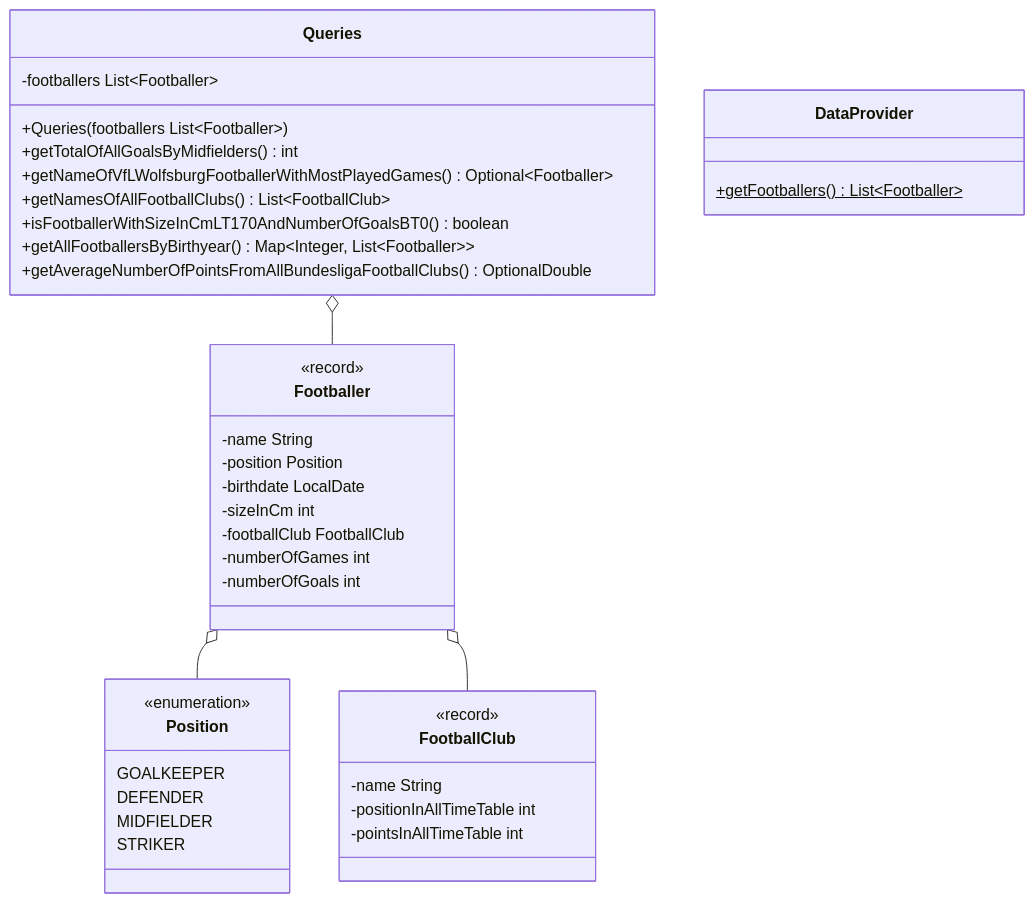
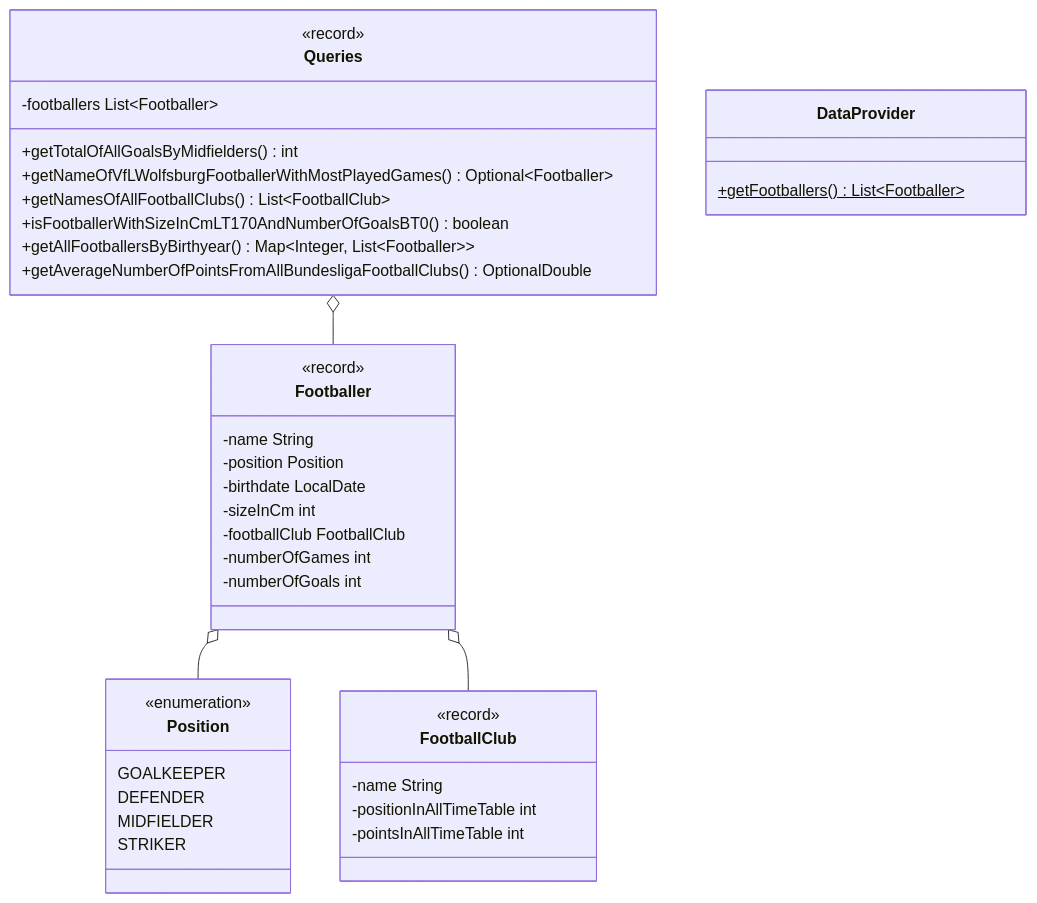
The diagram in docs/exercises/java-stream-api/java-stream-api02.md (jappuccini/java-docs), drawn with Mermaid before and after one commit. The commit also changed 17 other files, not shown here.

Commit message:
update cheatsheets, mermaids and test-classes

````diff
--- a/docs/exercises/java-stream-api/java-stream-api02.md
+++ b/docs/exercises/java-stream-api/java-stream-api02.md
@@ -15,47 +15,47 @@
 ```mermaid
 classDiagram
     Footballer o-- Position
     Footballer o-- FootballClub
     Queries o-- Footballer
 
     class Position {
         <<enumeration>>
         GOALKEEPER
         DEFENDER
         MIDFIELDER
         STRIKER
     }
 
     class Footballer {
         <<record>>
         -name String
         -position Position
         -birthdate LocalDate
         -sizeInCm int
         -footballClub FootballClub
         -numberOfGames int
         -numberOfGoals int
     }
 
     class FootballClub {
         <<record>>
         -name String
         -positionInAllTimeTable int
         -pointsInAllTimeTable int
     }
 
     class DataProvider {
         +getFootballers()$ List~Footballer~
     }
 
     class Queries {
+        <<record>>
         -footballers List~Footballer~
-        +Queries(footballers List~Footballer~)
         +getTotalOfAllGoalsByMidfielders() int
         +getNameOfVfLWolfsburgFootballerWithMostPlayedGames() Optional~Footballer~
         +getNamesOfAllFootballClubs() List~FootballClub~
         +isFootballerWithSizeInCmLT170AndNumberOfGoalsBT0() boolean
         +getAllFootballersByBirthyear() Map~Integer&#44&#160List~Footballer~~
         +getAverageNumberOfPointsFromAllBundesligaFootballClubs() OptionalDouble
     }
 ```
````
